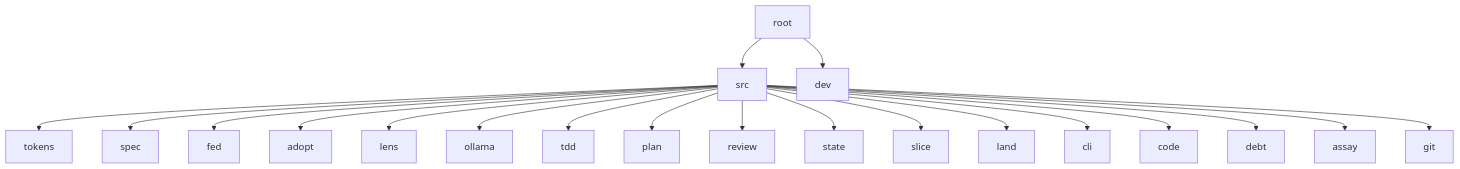
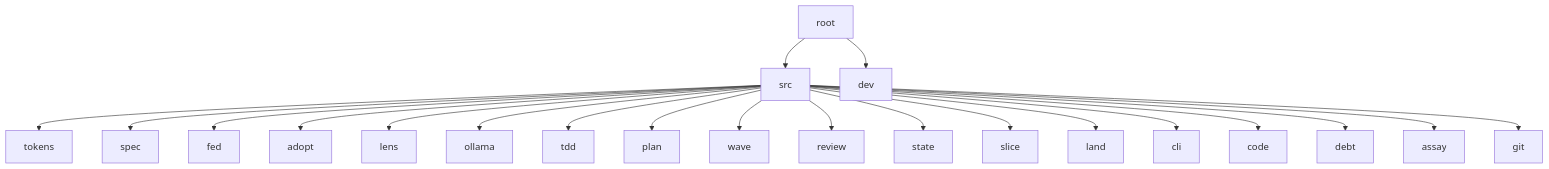
The diagram in README.md (pr0d1r2/sherd), drawn with Mermaid before and after one commit. The commit also changed other lines of this file and 27 other files, not shown here.

````diff
--- a/README.md
+++ b/README.md
@@ -99,42 +100,44 @@
 ```mermaid
 graph TD
     root[root]
     src[src]
     dev[dev]
     src_tokens[tokens]
     src_spec[spec]
     src_fed[fed]
     src_adopt[adopt]
     src_lens[lens]
     src_ollama[ollama]
     src_tdd[tdd]
     src_plan[plan]
+    src_wave[wave]
     src_review[review]
     src_state[state]
     src_slice[slice]
     src_land[land]
     src_cli[cli]
     src_code[code]
     src_debt[debt]
     src_assay[assay]
     src_git[git]
     root --> src
     root --> dev
     src --> src_tokens
     src --> src_spec
     src --> src_fed
     src --> src_adopt
     src --> src_lens
     src --> src_ollama
     src --> src_tdd
     src --> src_plan
+    src --> src_wave
     src --> src_review
     src --> src_state
     src --> src_slice
     src --> src_land
     src --> src_cli
     src --> src_code
     src --> src_debt
     src --> src_assay
     src --> src_git
 ```
````
